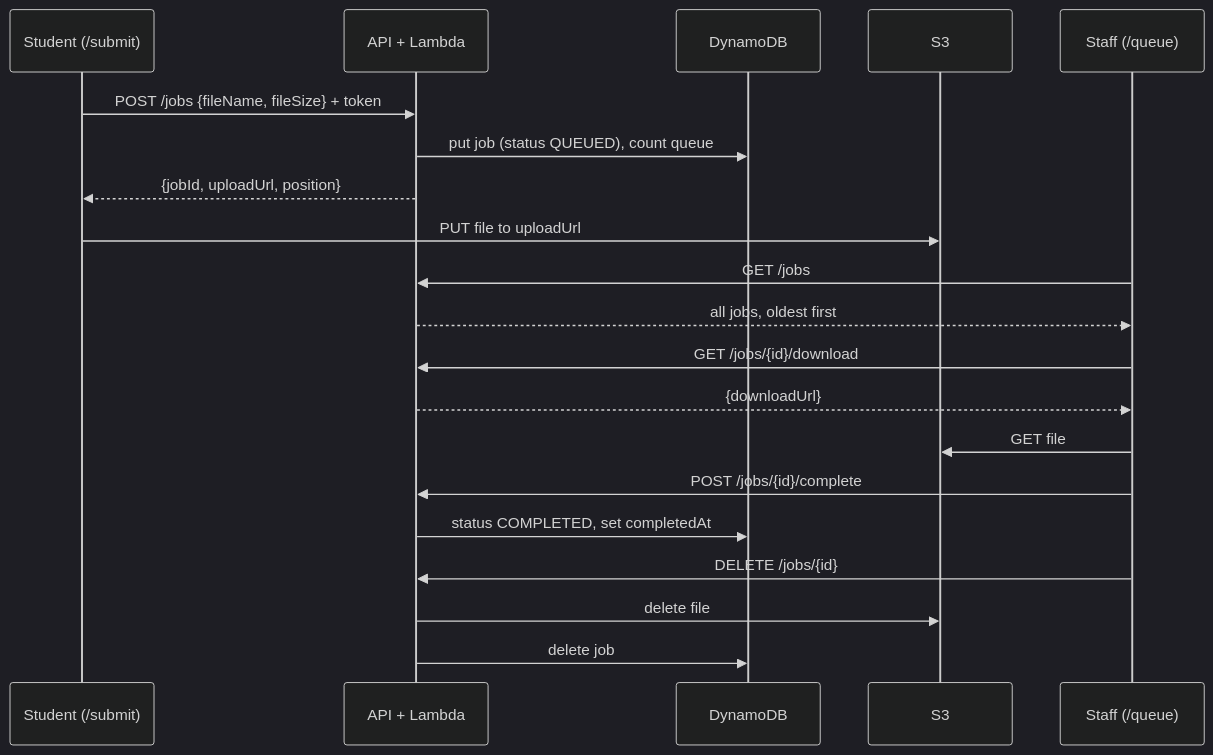
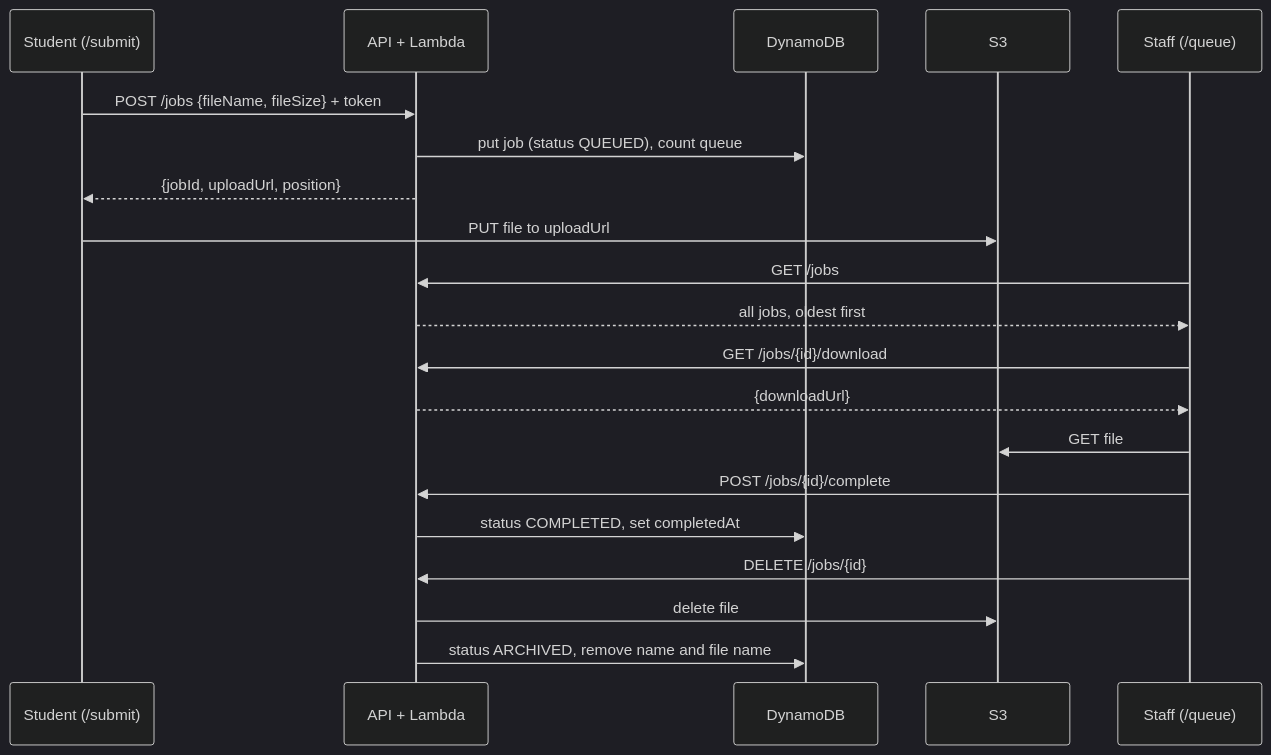
Before and after one commit to AWS-SBG-at-the-University-of-Kentucky/innovation-center-laser-queue: the second of 3 diagrams in docs/architecture.md, drawn with Mermaid (dark theme). The commit also changed other lines of this file and 23 other files, not shown here.

````diff
--- a/docs/architecture.md
+++ b/docs/architecture.md
@@ -41,23 +45,23 @@
 ```mermaid
 sequenceDiagram
   participant S as Student (/submit)
   participant API as API + Lambda
   participant DB as DynamoDB
   participant B as S3
   participant T as Staff (/queue)
 
   S->>API: POST /jobs {fileName, fileSize} + token
   API->>DB: put job (status QUEUED), count queue
   API-->>S: {jobId, uploadUrl, position}
   S->>B: PUT file to uploadUrl
   T->>API: GET /jobs
   API-->>T: all jobs, oldest first
   T->>API: GET /jobs/{id}/download
   API-->>T: {downloadUrl}
   T->>B: GET file
   T->>API: POST /jobs/{id}/complete
   API->>DB: status COMPLETED, set completedAt
   T->>API: DELETE /jobs/{id}
   API->>B: delete file
-  API->>DB: delete job
+  API->>DB: status ARCHIVED, remove name and file name
 ```
````
